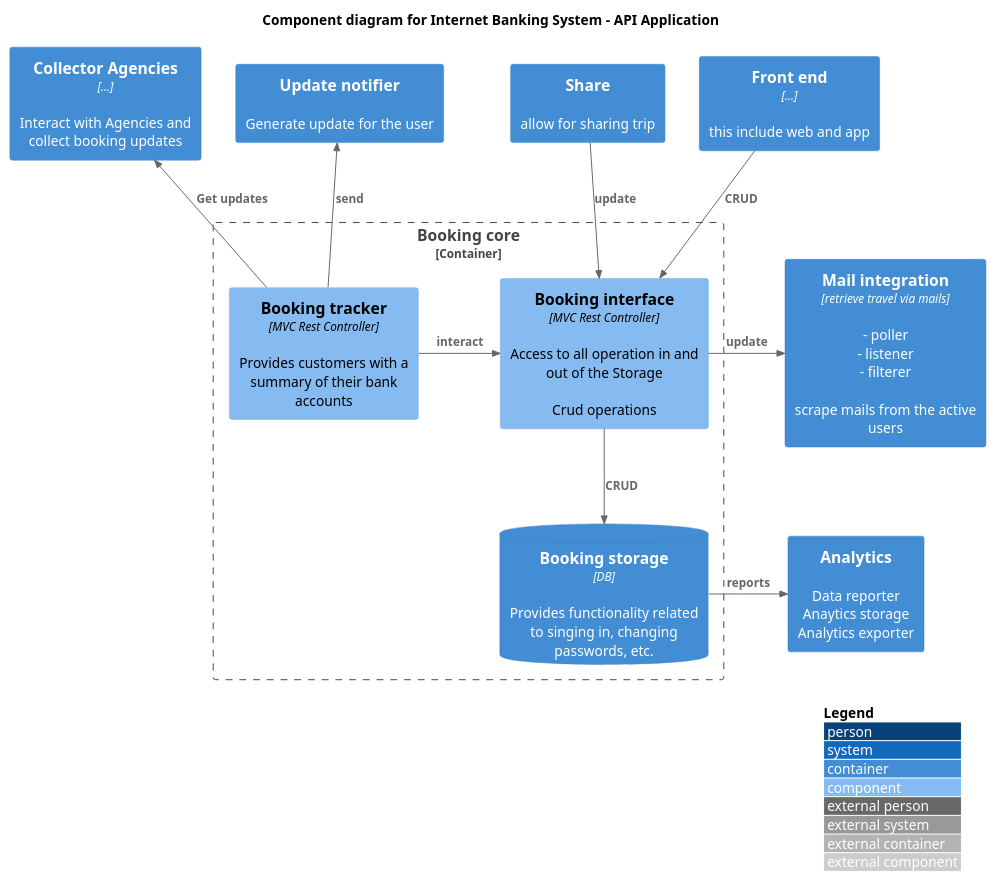
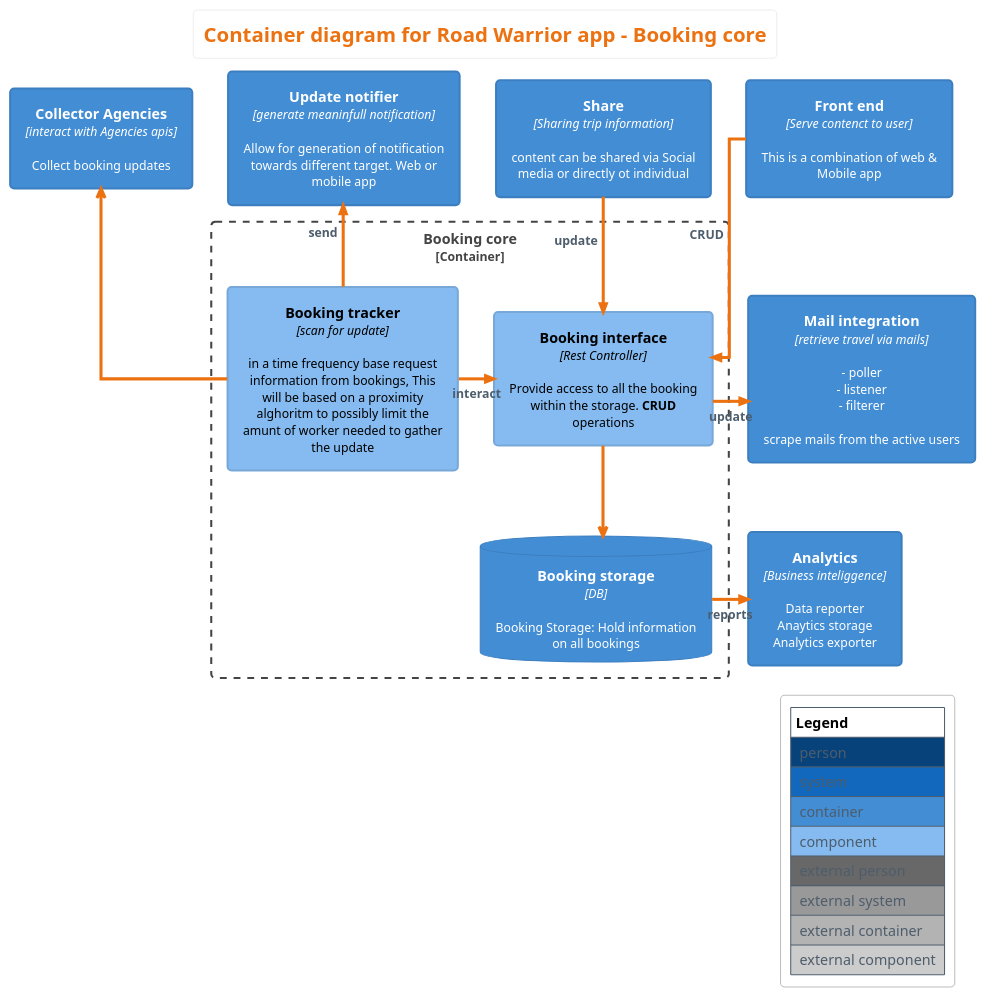
Before and after one commit to relic-da/ArchEnemies: the diagram in doc/diagrams/c4-component_booking-core.puml, drawn with PlantUML. The commit also changed 1 other file, not shown here.

Commit message:
base component core

```diff
--- a/doc/diagrams/c4-component_booking-core.puml
+++ b/doc/diagrams/c4-component_booking-core.puml
@@ -1,39 +1,51 @@
 @startuml
 !include <c4/C4_Component.puml>  
 ' uncomment the following line and comment the first to use locally
 ' !include C4_Component.puml
 
+!theme aws-orange
+skinparam BackgroundColor white   
+
 LAYOUT_WITH_LEGEND()
 
-title Component diagram for Internet Banking System - API Application
+skinparam linetype ortho
+title Container diagram for **Road Warrior** app - Booking core
 
-Container(notifier, "Update notifier", "", "Generate update for the user")
+Container(collector_agencies, "Collector Agencies", "interact with Agencies apis", "Collect booking updates")
+Container(notifier, "Update notifier", "generate meaninfull notification", "Allow for generation of notification towards different target. Web or mobile app")
 Container(mail_poller, "Mail integration", "retrieve travel via mails", "- poller\n- listener\n- filterer\n\nscrape mails from the active users")
-Container(sharer, "Share", "", "allow for sharing trip")
+'Container(sharer, "Share", "", "allow for sharing trip")
+Container(sharer, "Share", "Sharing trip information", "content can be shared via Social media or directly ot individual")
 
 Container_Boundary(booking_core, "Booking core") {
-Component(booking_interface, "Booking interface", "MVC Rest Controller", "Access to all operation in and out of the Storage\n\nCrud operations")
-Component(booking_tracker, "Booking tracker", "MVC Rest Controller", "Provides customers with a summary of their bank accounts")
-ContainerDb(booking_storage, "Booking storage", "DB", "Provides functionality related to singing in, changing passwords, etc.")
+Component(booking_interface, "Booking interface", "Rest Controller", "Provide access to all the booking within the storage. **CRUD** operations")
+Component(booking_tracker, "Booking tracker", "scan for update", "in a time frequency base request information from bookings, This will be based on a proximity alghoritm to possibly limit the amunt of worker needed to gather the update")
+ContainerDb(booking_storage, "Booking storage", "DB", "Booking Storage: Hold information on all bookings")
+
 
 Rel_Neighbor(booking_tracker, booking_interface, "interact")
-Rel(booking_interface, booking_storage, "CRUD")
+
+' Rel(booking_interface, booking_storage, "CRUD")
+
+booking_interface -->booking_storage
 }
 
-Container(collector_agencies, "Collector Agencies", "...", "Interact with Agencies and collect booking updates")
 
-Container(front_end, "Front end", "...", "this include web and app")
+Container(front_end, "Front end", "Serve contenct to user", "This is a combination of web & Mobile app")
 
-Container(analytics, "Analytics", "", "Data reporter\nAnaytics storage\nAnalytics exporter")
+Container(analytics, "Analytics", "Business inteliggence", "Data reporter\nAnaytics storage\nAnalytics exporter")
 
-Rel_Back(collector_agencies, booking_tracker, "Get updates")
+'Rel_Back(collector_agencies, booking_tracker, "Get updates")
+
+collector_agencies <-- booking_tracker
+
 Rel_Back(notifier, booking_tracker, "send")
 Rel(front_end, booking_interface, "CRUD")
 
 
 Rel_Neighbor(booking_storage, analytics, "reports")
 Rel(sharer, booking_interface, "update")
 Rel_Neighbor(booking_interface, mail_poller, "update")
 
 
 @enduml
```
